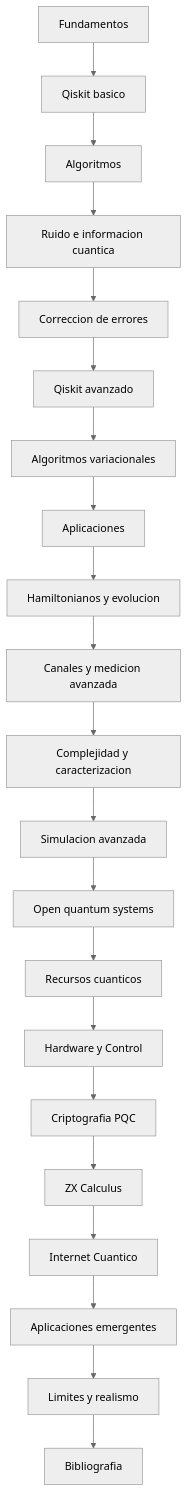
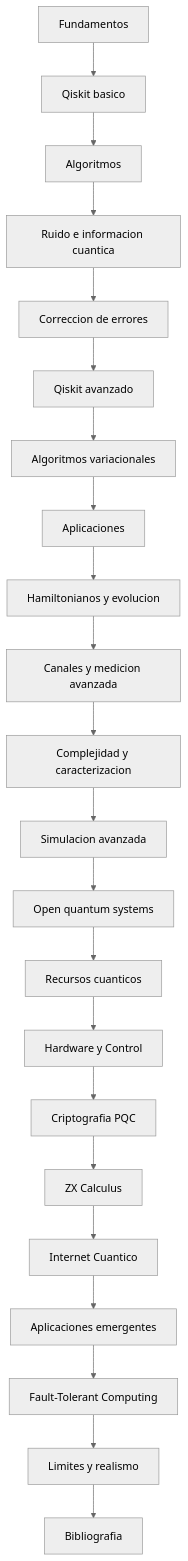
One commit to LegalIntermediaSL/ComputacionCuantica changed the diagram in Tutorial/indice_general.md. Above: the diagram before and after it, drawn with Mermaid (neutral theme). The commit also changed other lines of this file and 6 other files, not shown here.

````diff
--- a/Tutorial/indice_general.md
+++ b/Tutorial/indice_general.md
@@ -7,23 +7,24 @@
 ```mermaid
 flowchart TD
     A["Fundamentos"] --> B["Qiskit basico"]
     B --> C["Algoritmos"]
     C --> D["Ruido e informacion cuantica"]
     D --> E["Correccion de errores"]
     E --> F["Qiskit avanzado"]
     F --> G["Algoritmos variacionales"]
     G --> H["Aplicaciones"]
     H --> I["Hamiltonianos y evolucion"]
     I --> J["Canales y medicion avanzada"]
     J --> K["Complejidad y caracterizacion"]
     K --> L["Simulacion avanzada"]
     L --> M["Open quantum systems"]
     M --> N["Recursos cuanticos"]
     N --> O["Hardware y Control"]
     O --> P["Criptografia PQC"]
     P --> Q["ZX Calculus"]
     Q --> R["Internet Cuantico"]
     R --> S["Aplicaciones emergentes"]
-    S --> T["Limites y realismo"]
-    T --> U["Bibliografia"]
+    S --> T["Fault-Tolerant Computing"]
+    T --> U["Limites y realismo"]
+    U --> V["Bibliografia"]
 ```
````
